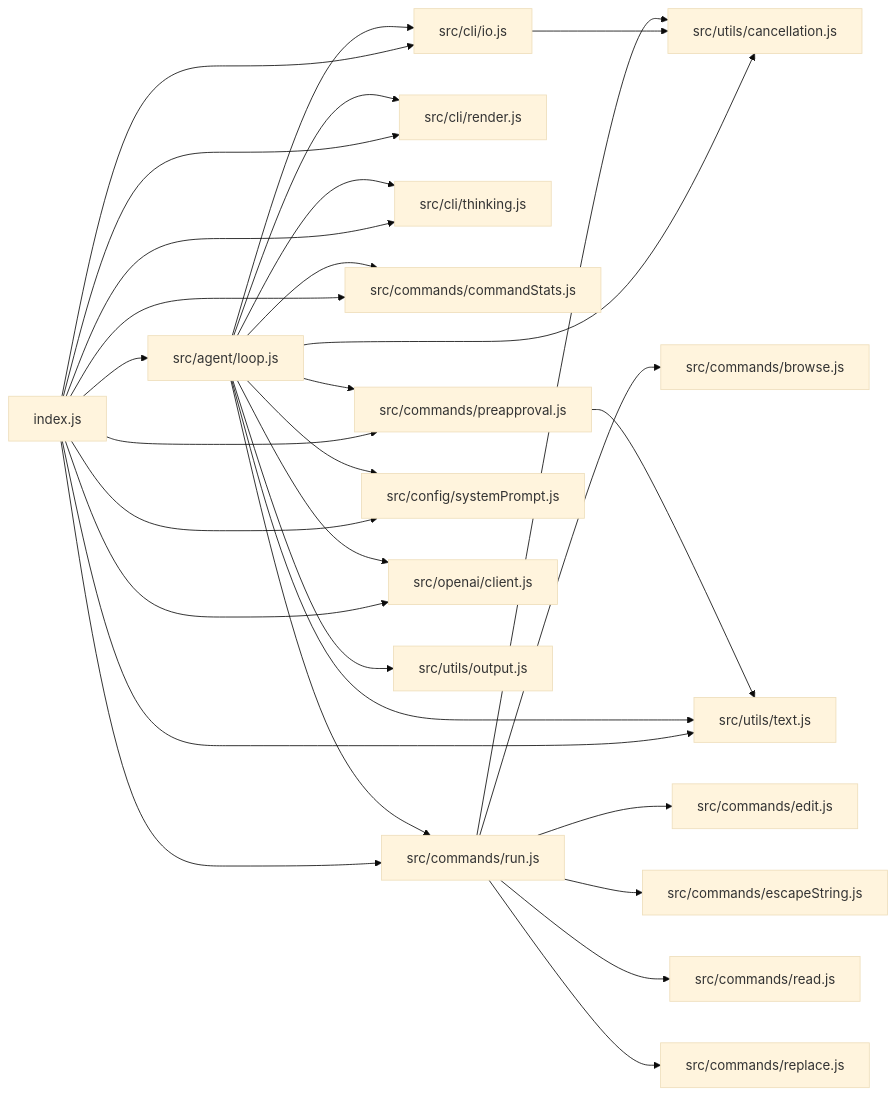
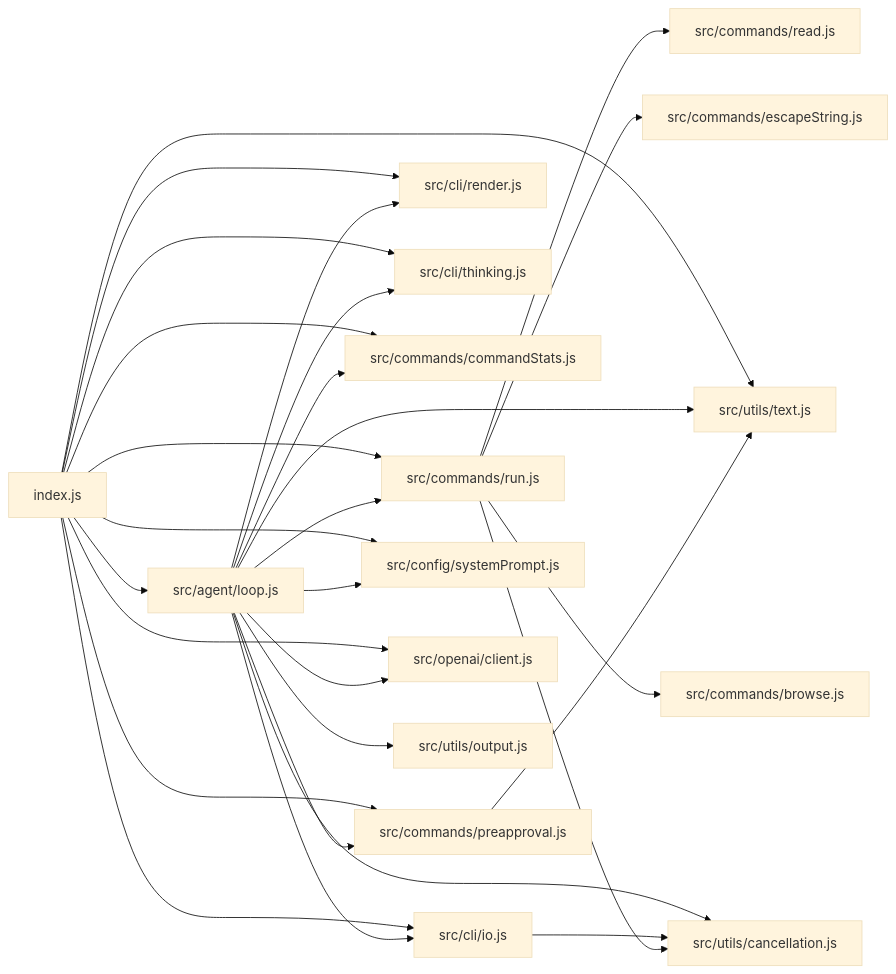
Before and after one commit to asynkron/OpenAgent: the diagram in docs/js-dependency-graph.md, drawn with Mermaid (base theme). The commit also changed 16 other files, not shown here.

Commit message:
Remove edit and replace command helpers

````diff
--- a/docs/js-dependency-graph.md
+++ b/docs/js-dependency-graph.md
@@ -5,32 +5,30 @@
 ```mermaid
 graph LR
   index_js["index.js"] --> src_agent_loop_js["src/agent/loop.js"]
   index_js --> src_cli_io_js["src/cli/io.js"]
   index_js --> src_cli_render_js["src/cli/render.js"]
   index_js --> src_cli_thinking_js["src/cli/thinking.js"]
   index_js --> src_commands_commandStats_js["src/commands/commandStats.js"]
   index_js --> src_commands_preapproval_js["src/commands/preapproval.js"]
   index_js --> src_commands_run_js["src/commands/run.js"]
   index_js --> src_config_systemPrompt_js["src/config/systemPrompt.js"]
   index_js --> src_openai_client_js["src/openai/client.js"]
   index_js --> src_utils_text_js["src/utils/text.js"]
   src_agent_loop_js --> src_cli_io_js
   src_agent_loop_js --> src_cli_render_js
   src_agent_loop_js --> src_cli_thinking_js
   src_agent_loop_js --> src_commands_commandStats_js
   src_agent_loop_js --> src_commands_preapproval_js
   src_agent_loop_js --> src_commands_run_js
   src_agent_loop_js --> src_config_systemPrompt_js
   src_agent_loop_js --> src_openai_client_js
   src_agent_loop_js --> src_utils_cancellation_js["src/utils/cancellation.js"]
   src_agent_loop_js --> src_utils_output_js["src/utils/output.js"]
   src_agent_loop_js --> src_utils_text_js
   src_cli_io_js --> src_utils_cancellation_js
   src_commands_preapproval_js --> src_utils_text_js
   src_commands_run_js --> src_commands_browse_js["src/commands/browse.js"]
-  src_commands_run_js --> src_commands_edit_js["src/commands/edit.js"]
   src_commands_run_js --> src_commands_escapeString_js["src/commands/escapeString.js"]
   src_commands_run_js --> src_commands_read_js["src/commands/read.js"]
-  src_commands_run_js --> src_commands_replace_js["src/commands/replace.js"]
   src_commands_run_js --> src_utils_cancellation_js
 ```
````
